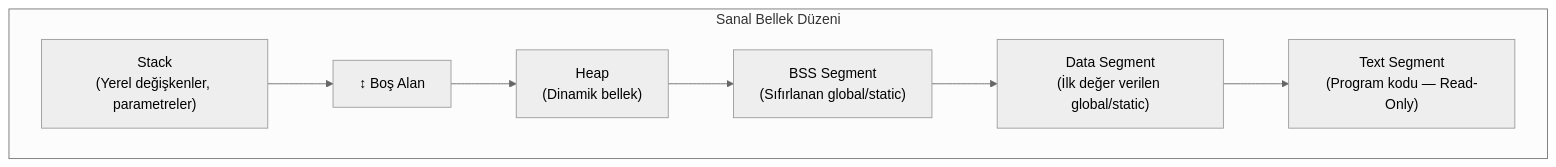
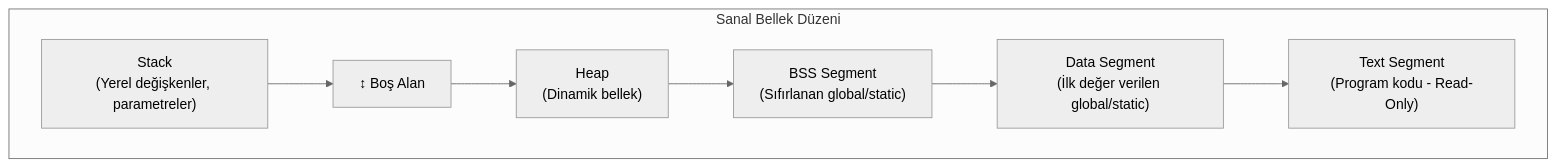
The second of 5 diagrams in docs/md/programming/c.md (serkanMzlm/MechatronicsNotebook), drawn with Mermaid (neutral theme) before and after one commit. The commit also changed other lines of this file and 121 other files, not shown here.

````diff
--- a/docs/md/programming/c.md
+++ b/docs/md/programming/c.md
@@ -324,12 +324,12 @@
 ```mermaid
 graph TD
     subgraph "Sanal Bellek Düzeni"
         A["Stack\n(Yerel değişkenler, parametreler)"]
         B["↕ Boş Alan"]
         C["Heap\n(Dinamik bellek)"]
         D["BSS Segment\n(Sıfırlanan global/static)"]
         E["Data Segment\n(İlk değer verilen global/static)"]
-        F["Text Segment\n(Program kodu — Read-Only)"]
+        F["Text Segment\n(Program kodu - Read-Only)"]
     end
     A --> B --> C --> D --> E --> F
 ```
````
